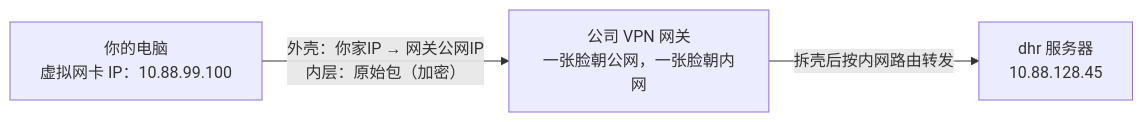
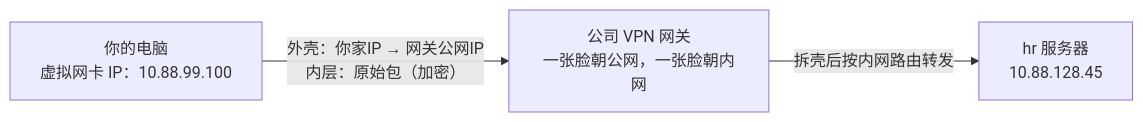
One commit to puppylpg/puppylpg.github.io changed the fifth of 20 diagrams in _posts/2026-08-08-proxy-vs-vpn-principles.md. Above: the diagram before and after it, drawn with Mermaid. The commit also changed other lines of this file and 2 other files, not shown here.

First line of the commit message:
代理与 VPN 文章多轮修订 + archive-chat skill 重构 + AGENTS.md 图型选型

````diff
--- a/_posts/2026-08-08-proxy-vs-vpn-principles.md
+++ b/_posts/2026-08-08-proxy-vs-vpn-principles.md
@@ -146,5 +168,5 @@
 ```mermaid
 flowchart LR
     A["你的电脑<br>虚拟网卡 IP：10.88.99.100"] -->|"外壳：你家IP → 网关公网IP<br>内层：原始包（加密）"| B["公司 VPN 网关<br>一张脸朝公网，一张脸朝内网"]
-    B -->|"拆壳后按内网路由转发"| C["dhr 服务器<br>10.88.128.45"]
+    B -->|"拆壳后按内网路由转发"| C["hr 服务器<br>10.88.128.45"]
 ```
````
